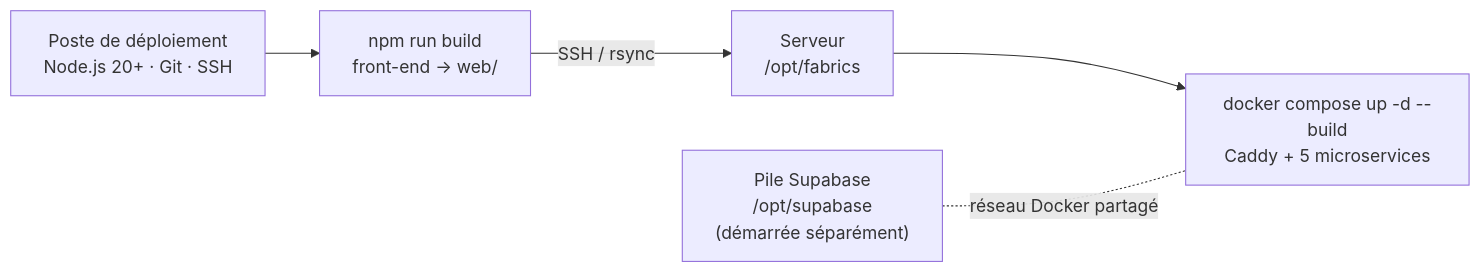
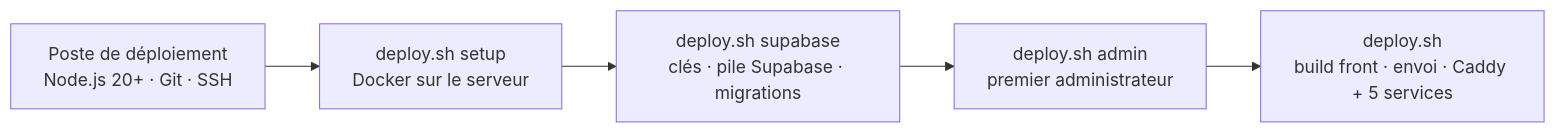
Before and after one commit to anastariq7927-cmd/fabrics-app: the second of 2 diagrams in SERVEUR.md, drawn with Mermaid. The commit also changed other lines of this file and 9 other files, not shown here.

````diff
--- a/SERVEUR.md
+++ b/SERVEUR.md
@@ -128,11 +133,10 @@
 ```mermaid
 flowchart LR
     dev["Poste de déploiement<br/>Node.js 20+ · Git · SSH"]
-    build["npm run build<br/>front-end → web/"]
-    srv["Serveur<br/>/opt/fabrics"]
-    compose["docker compose up -d --build<br/>Caddy + 5 microservices"]
-    supa["Pile Supabase<br/>/opt/supabase<br/>(démarrée séparément)"]
+    s1["deploy.sh setup<br/>Docker sur le serveur"]
+    s2["deploy.sh supabase<br/>clés · pile Supabase · migrations"]
+    s3["deploy.sh admin<br/>premier administrateur"]
+    s4["deploy.sh<br/>build front · envoi · Caddy + 5 services"]
 
-    dev --> build -- "SSH / rsync" --> srv --> compose
-    supa -. "réseau Docker partagé" .- compose
+    dev --> s1 --> s2 --> s3 --> s4
 ```
````
